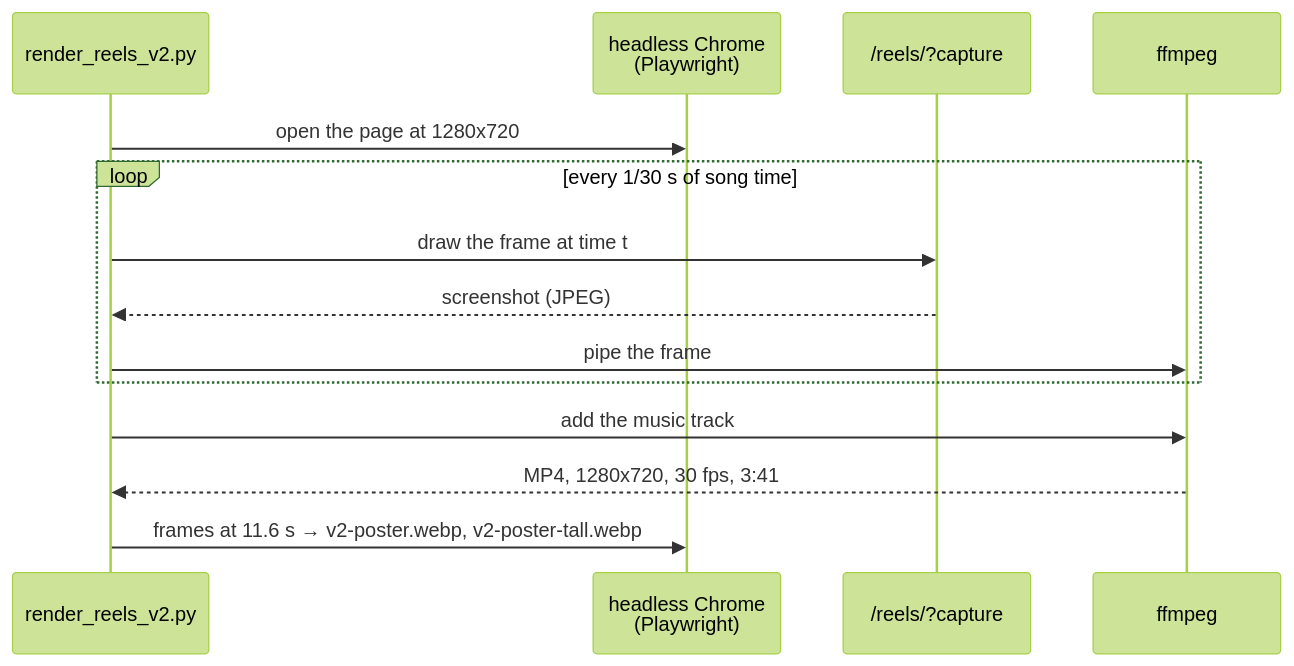
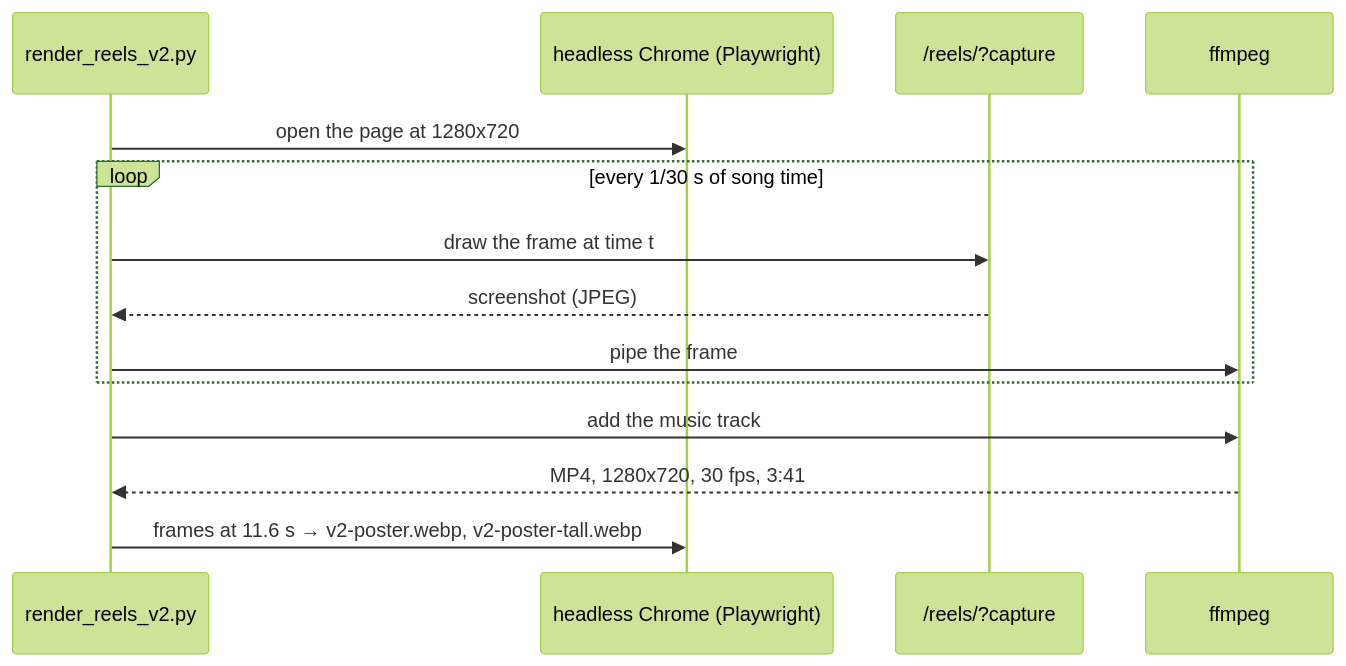
One commit to bcollier/ben.collier.phd changed the fourth of 4 diagrams in docs/reels-pipeline.md. Above: the diagram before and after it, drawn with Mermaid (forest theme).

Commit message:
Reels pipeline doc: plain participant label so the render diagram draws
Claude-Session: https://claude.ai/code/session_01BPZYhoMD1RqFrvHdPfQzaA

````diff
--- a/docs/reels-pipeline.md
+++ b/docs/reels-pipeline.md
@@ -133,16 +133,16 @@
 ```mermaid
 sequenceDiagram
   participant S as render_reels_v2.py
-  participant C as headless Chrome<br/>(Playwright)
+  participant C as headless Chrome (Playwright)
   participant P as /reels/?capture
   participant F as ffmpeg
   S->>C: open the page at 1280x720
   loop every 1/30 s of song time
     S->>P: draw the frame at time t
     P-->>S: screenshot (JPEG)
     S->>F: pipe the frame
   end
   S->>F: add the music track
   F-->>S: MP4, 1280x720, 30 fps, 3:41
   S->>C: frames at 11.6 s → v2-poster.webp, v2-poster-tall.webp
 ```
````
